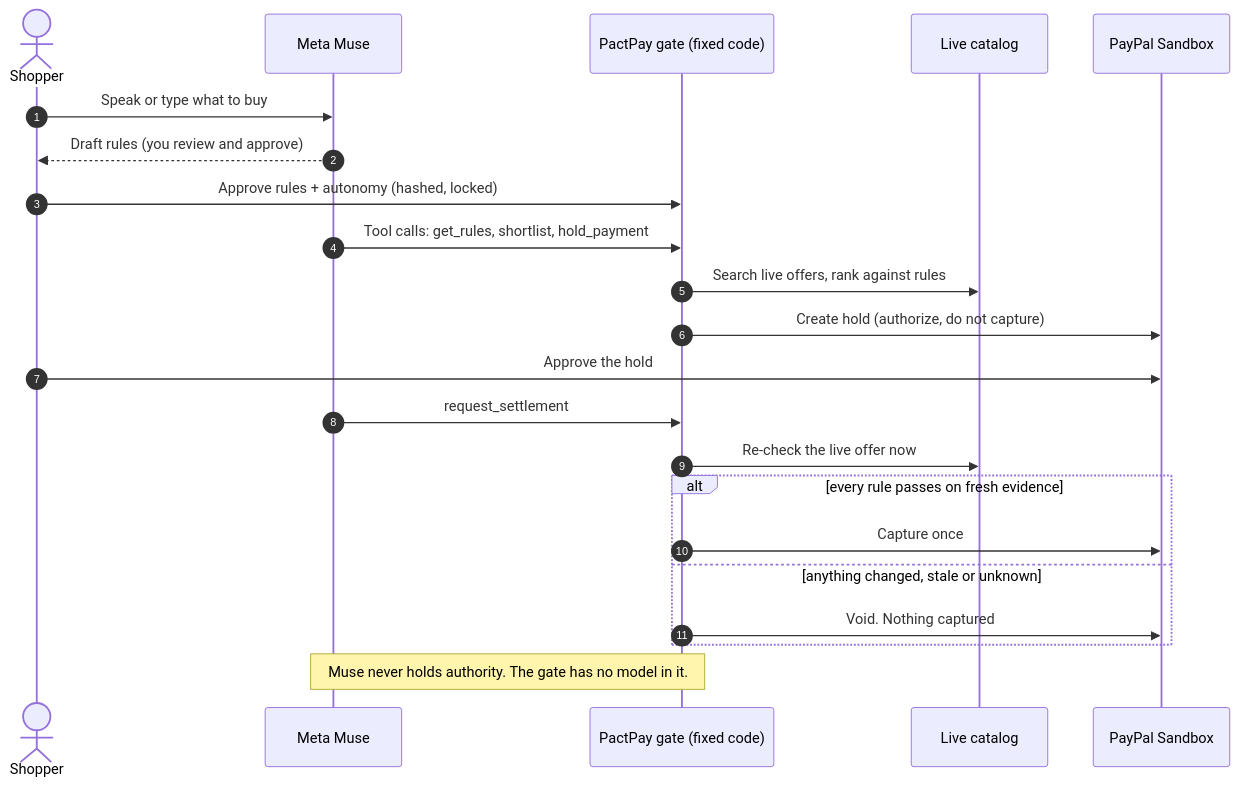
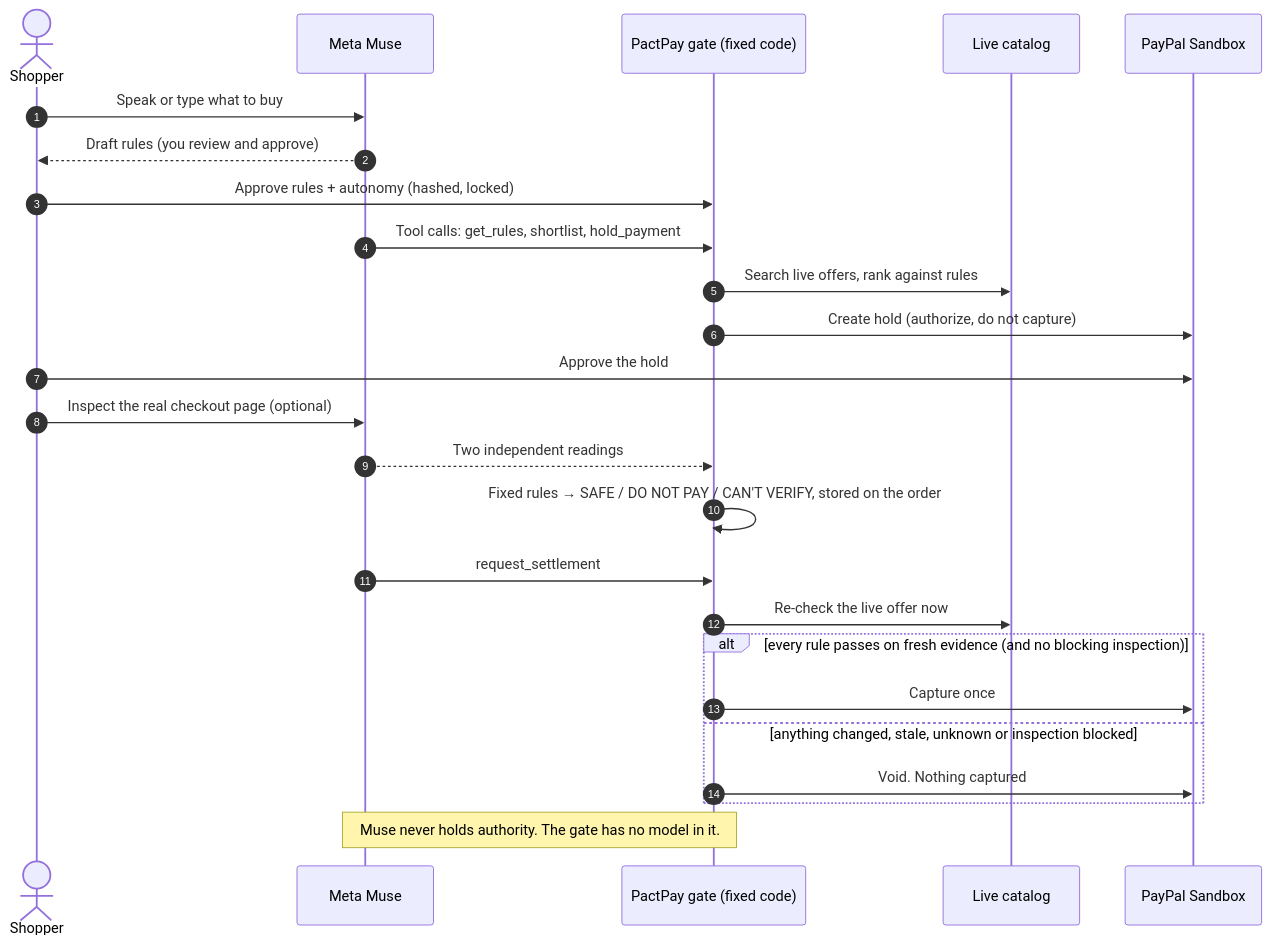
The diagram in README.md (aditi75432/pactpay), drawn with Mermaid before and after one commit. The commit also changed other lines of this file and 80 other files, not shown here.

````diff
--- a/README.md
+++ b/README.md
@@ -61,24 +121,27 @@
 ```mermaid
 sequenceDiagram
     autonumber
     actor U as Shopper
     participant M as Meta Muse
     participant P as PactPay gate (fixed code)
     participant C as Live catalog
     participant PP as PayPal Sandbox
     U->>M: Speak or type what to buy
     M-->>U: Draft rules (you review and approve)
     U->>P: Approve rules + autonomy (hashed, locked)
     M->>P: Tool calls: get_rules, shortlist, hold_payment
     P->>C: Search live offers, rank against rules
     P->>PP: Create hold (authorize, do not capture)
     U->>PP: Approve the hold
+    U->>M: Inspect the real checkout page (optional)
+    M-->>P: Two independent readings
+    P->>P: Fixed rules → SAFE / DO NOT PAY / CAN'T VERIFY, stored on the order
     M->>P: request_settlement
     P->>C: Re-check the live offer now
-    alt every rule passes on fresh evidence
+    alt every rule passes on fresh evidence (and no blocking inspection)
         P->>PP: Capture once
-    else anything changed, stale or unknown
+    else anything changed, stale, unknown or inspection blocked
         P->>PP: Void. Nothing captured
     end
     Note over M,P: Muse never holds authority. The gate has no model in it.
 ```
````
